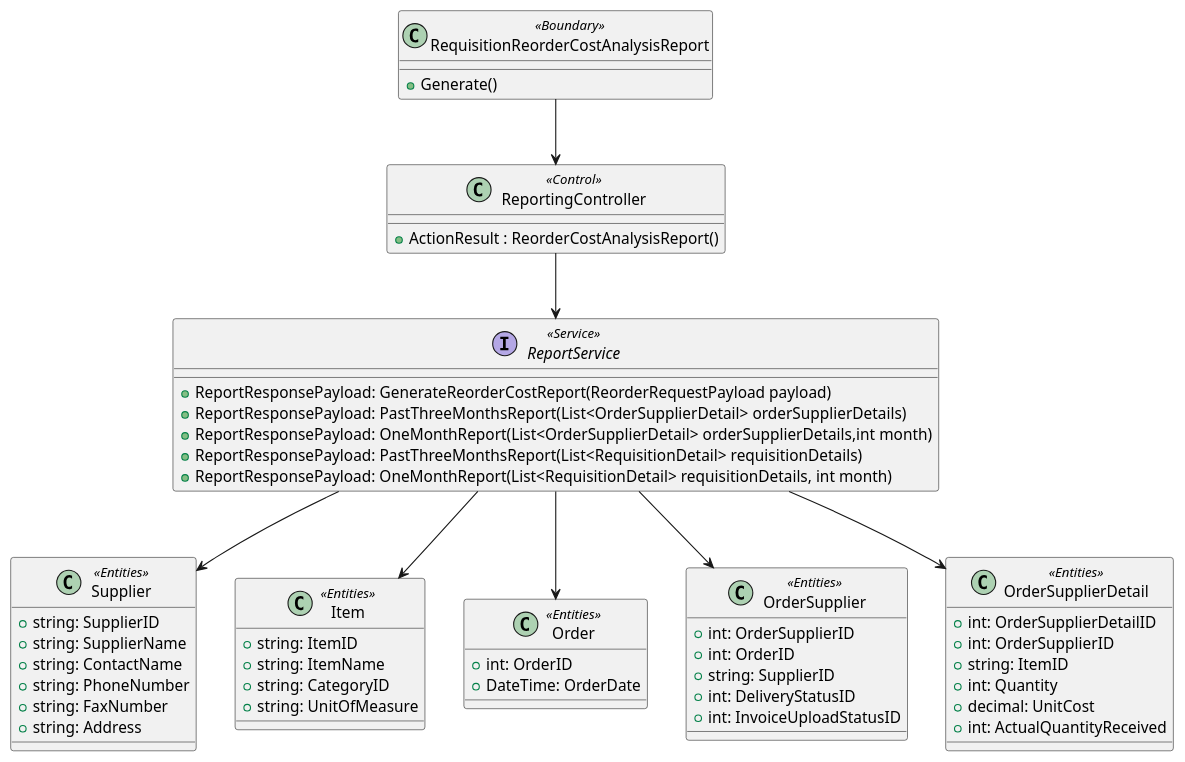
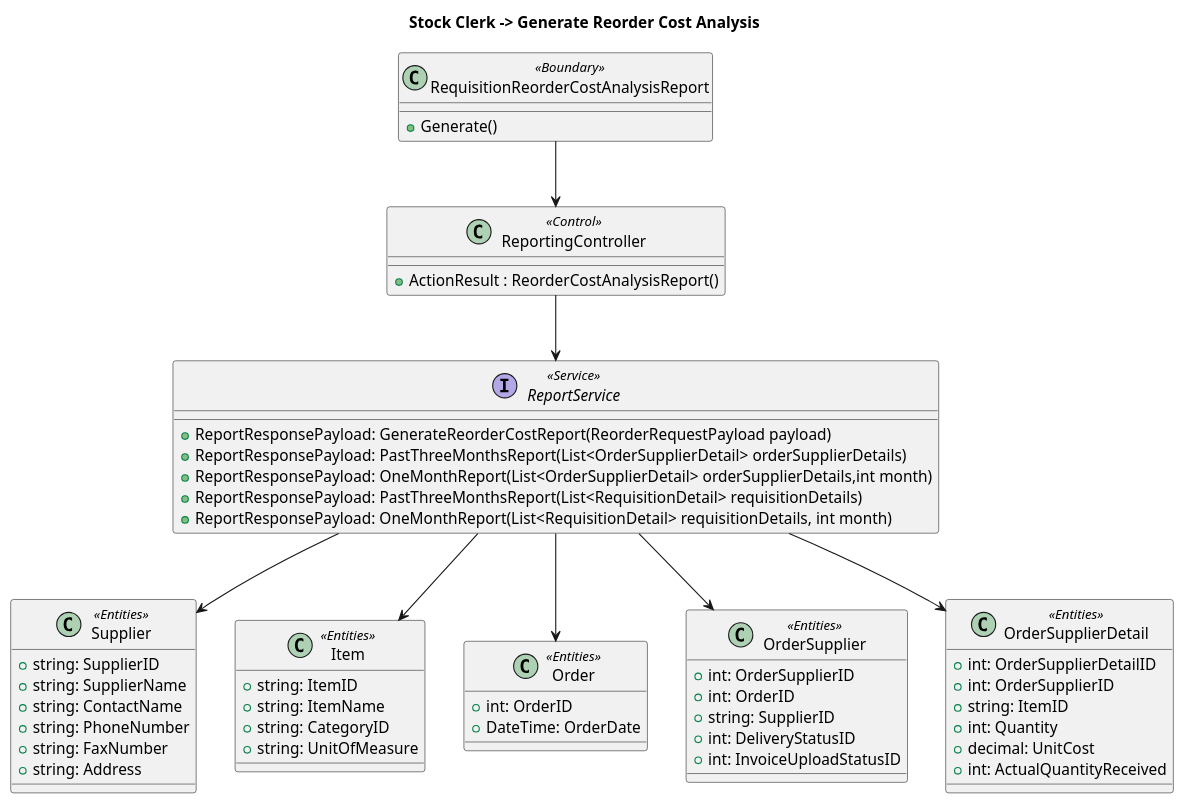
Before and after one commit to SA46Team5a/AD---ClassAndSequenceDiagram: the diagram in RequisitionReorderCostAnalysisReport_UseCase.wsd, drawn with PlantUML. The commit also changed 33 other files, not shown here.

Commit message:
added titles, requisitionPackage sequence diagram

```diff
--- a/RequisitionReorderCostAnalysisReport_UseCase.wsd
+++ b/RequisitionReorderCostAnalysisReport_UseCase.wsd
@@ -1,67 +1,68 @@
 @startuml
+title "Stock Clerk -> Generate Reorder Cost Analysis"
 
 Class RequisitionReorderCostAnalysisReport <<Boundary>>{
     +Generate()
 }
 Class ReportingController <<Control>> {
    +ActionResult : ReorderCostAnalysisReport()    
 }
 
 
 Interface ReportService <<Service>>{
 
 + ReportResponsePayload: GenerateReorderCostReport(ReorderRequestPayload payload)
 + ReportResponsePayload: PastThreeMonthsReport(List<OrderSupplierDetail> orderSupplierDetails)
 + ReportResponsePayload: OneMonthReport(List<OrderSupplierDetail> orderSupplierDetails,int month)
 + ReportResponsePayload: PastThreeMonthsReport(List<RequisitionDetail> requisitionDetails)
 + ReportResponsePayload: OneMonthReport(List<RequisitionDetail> requisitionDetails, int month)
 }
 
 Class Supplier <<Entities>> {
 +string: SupplierID
 +string: SupplierName
 +string: ContactName
 +string: PhoneNumber
 +string: FaxNumber
 +string: Address
 }
 
 
 Class Item <<Entities>> {
 +string: ItemID
 +string: ItemName
 +string: CategoryID
 +string: UnitOfMeasure
 }
 
 Class Order <<Entities>> {
 +int: OrderID
 +DateTime: OrderDate
 }
 
 Class OrderSupplier <<Entities>> {
 +int: OrderSupplierID
 +int: OrderID
 +string: SupplierID
 +int: DeliveryStatusID
 +int: InvoiceUploadStatusID
 
 }
 
 Class OrderSupplierDetail <<Entities>> {
 +int: OrderSupplierDetailID
 +int: OrderSupplierID
 +string: ItemID
 +int: Quantity
 +decimal: UnitCost
 +int: ActualQuantityReceived
 }
 
 RequisitionReorderCostAnalysisReport --> ReportingController
 ReportingController --> ReportService
 ReportService --> Supplier
 ReportService --> Order
 ReportService --> Item
 ReportService --> OrderSupplier
 ReportService --> OrderSupplierDetail
 @enduml
```
